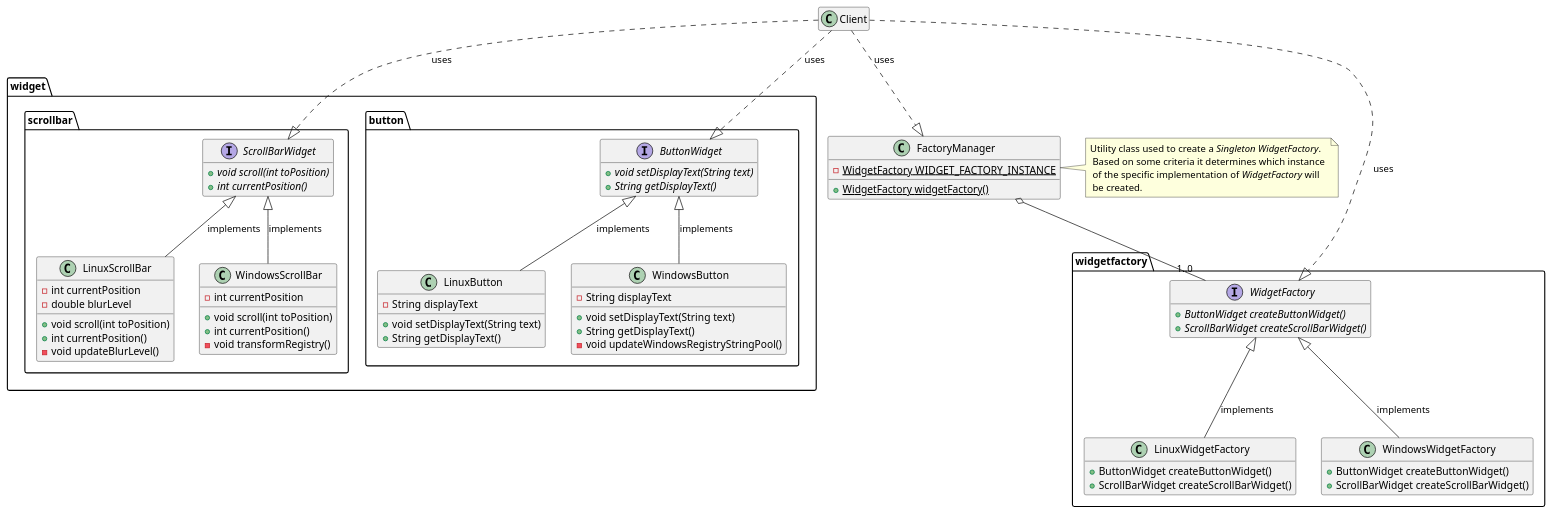
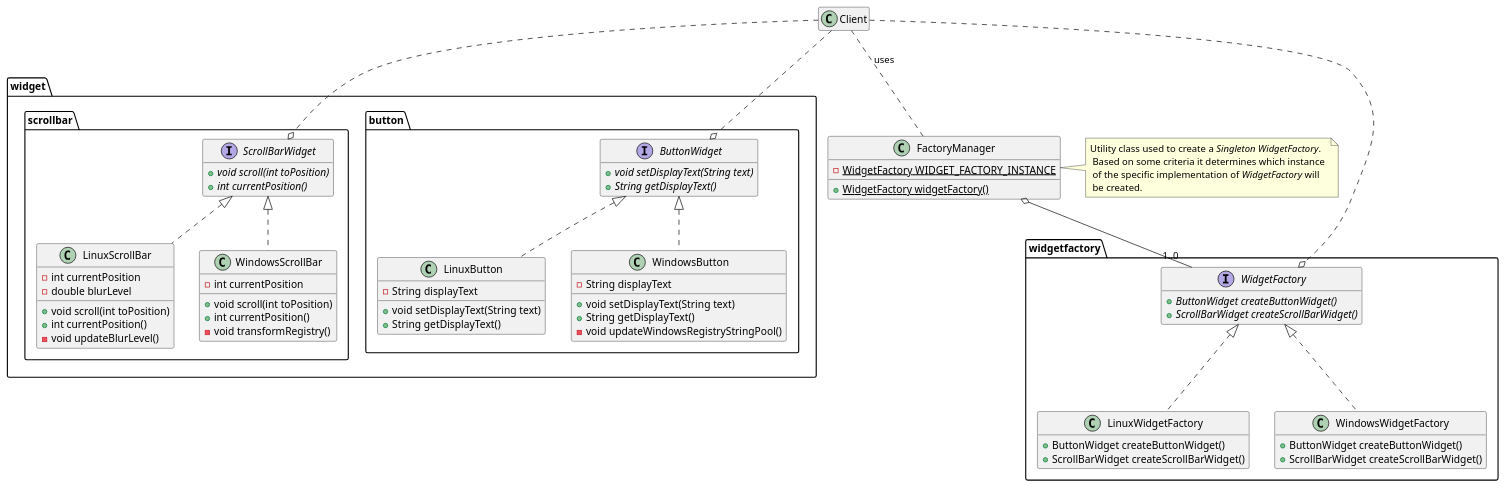
The diagram in DesignPatternsElementsOfReusableObjectOrientesSoftware/Chapter03/AbstractFactory/AbstractFactoryPattern.puml (lealceldeiro/gems), drawn with PlantUML before and after one commit.

Commit message:
Update AbstractFactoryPattern.puml
Update plantuml design

```diff
--- a/DesignPatternsElementsOfReusableObjectOrientesSoftware/Chapter03/AbstractFactory/AbstractFactoryPattern.puml
+++ b/DesignPatternsElementsOfReusableObjectOrientesSoftware/Chapter03/AbstractFactory/AbstractFactoryPattern.puml
@@ -1,88 +1,79 @@
 @startuml
 package widgetfactory {
     interface WidgetFactory {
         + {abstract} ButtonWidget createButtonWidget()
         + {abstract} ScrollBarWidget createScrollBarWidget()
     }
-    class LinuxWidgetFactory {
+    class LinuxWidgetFactory implements WidgetFactory {
         + ButtonWidget createButtonWidget()
         + ScrollBarWidget createScrollBarWidget()
     }
-    class WindowsWidgetFactory {
+    class WindowsWidgetFactory implements WidgetFactory {
         + ButtonWidget createButtonWidget()
         + ScrollBarWidget createScrollBarWidget()
     }
-
-    WidgetFactory <|-- LinuxWidgetFactory : implements
-    WidgetFactory <|-- WindowsWidgetFactory : implements
 }
 
 package widget {
     package scrollbar {
         interface ScrollBarWidget {
             + {abstract} void scroll(int toPosition)
             + {abstract} int currentPosition()
         }
-        class LinuxScrollBar {
+        class LinuxScrollBar implements ScrollBarWidget {
             - int currentPosition
             - double blurLevel
 
             + void scroll(int toPosition)
             + int currentPosition()
             - void updateBlurLevel()
         }
-        class WindowsScrollBar {
+        class WindowsScrollBar implements ScrollBarWidget {
             - int currentPosition
 
             + void scroll(int toPosition)
             + int currentPosition()
             - void transformRegistry()
         }
     }
     package button {
         interface ButtonWidget {
             + {abstract} void setDisplayText(String text)
             + {abstract} String getDisplayText()
         }
-        class LinuxButton {
+        class LinuxButton implements ButtonWidget {
             - String displayText
 
             + void setDisplayText(String text)
             + String getDisplayText()
         }
 
-        class WindowsButton {
+        class WindowsButton implements ButtonWidget {
             - String displayText
 
             + void setDisplayText(String text)
             + String getDisplayText()
             - void updateWindowsRegistryStringPool()
         }
     }
 }
-
-ScrollBarWidget <|-- LinuxScrollBar : implements
-ButtonWidget <|-- LinuxButton : implements
-
-ScrollBarWidget <|-- WindowsScrollBar : implements
-ButtonWidget <|-- WindowsButton : implements
 
 class FactoryManager {
     - {static} WidgetFactory WIDGET_FACTORY_INSTANCE
 
     + {static} WidgetFactory widgetFactory()
 }
 class FactoryManager
 note right: Utility class used to create a <i>Singleton</i> <i>WidgetFactory</i>. \n Based on some criteria it determines which instance \n of the specific implementation of <i>WidgetFactory</i> will \n be created.
 
 FactoryManager o-- "1..0" WidgetFactory
 
 class Client
 
-Client ..|> FactoryManager : uses
-Client ..|> ButtonWidget : uses
-Client ..|> ScrollBarWidget : uses
-Client ..|> WidgetFactory : uses
+Client .. FactoryManager : uses
+Client ..o ButtonWidget
+Client ..o ScrollBarWidget
+Client ..o WidgetFactory
 
 hide empty members
 @enduml
```
